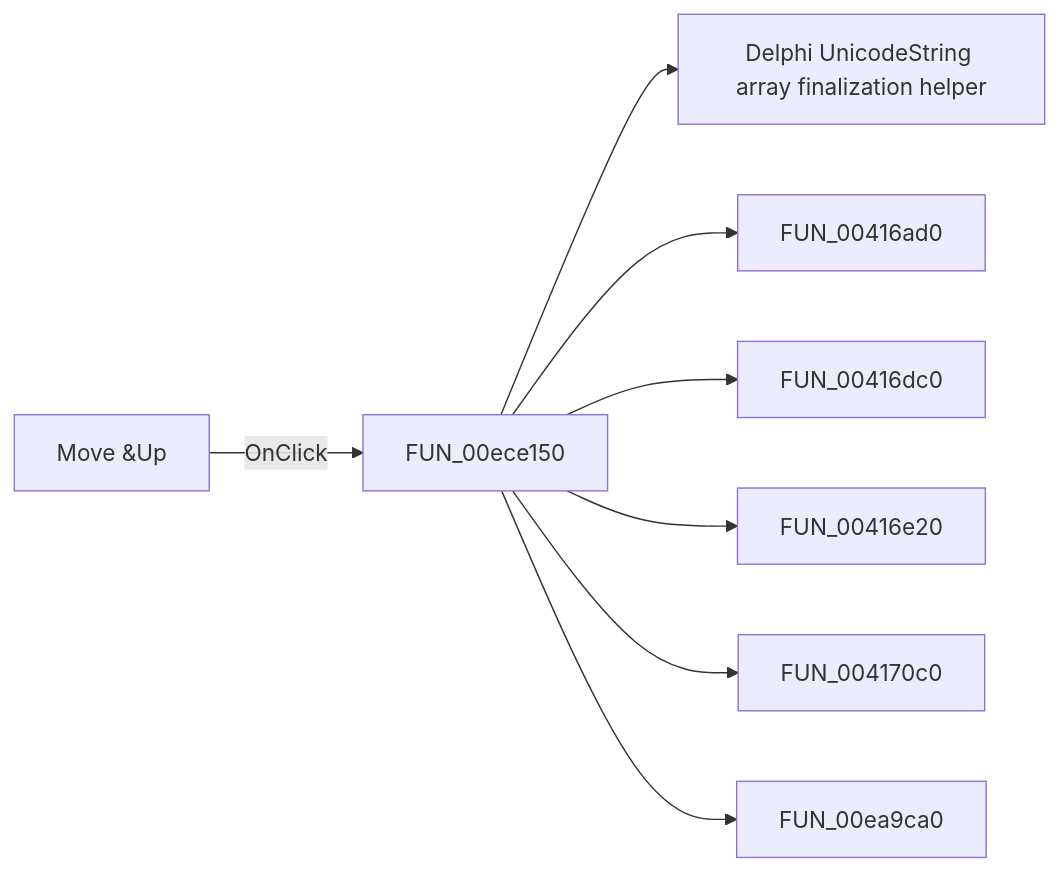
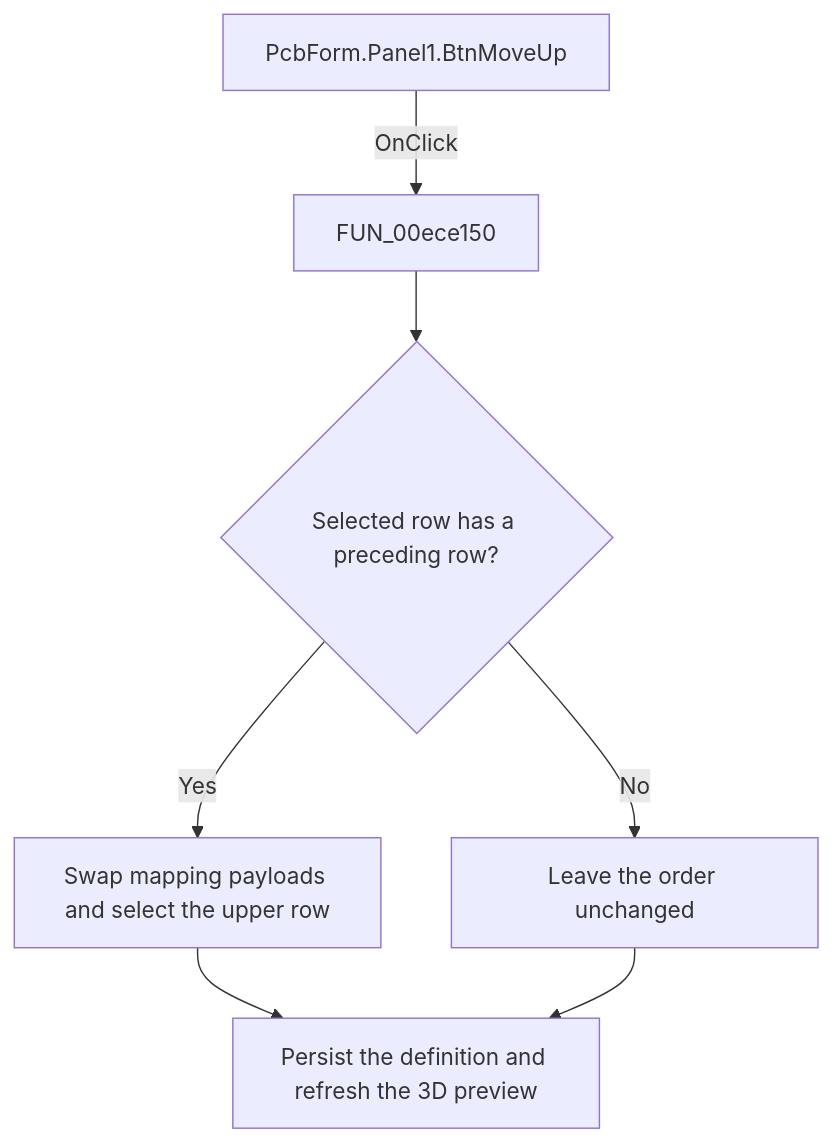
The diagram in docs/ui-controls/pcbform/btnmoveup-9a52a548bc.md (MovGP0/TIARA), drawn with Mermaid before and after one commit. The commit also changed other lines of this file and 1062 other files, not shown here.

````diff
--- a/docs/ui-controls/pcbform/btnmoveup-9a52a548bc.md
+++ b/docs/ui-controls/pcbform/btnmoveup-9a52a548bc.md
@@ -27,10 +28,9 @@
 ```mermaid
-flowchart LR
-    control["Move &Up "] -->|OnClick| handler["FUN_00ece150"]
-    handler --> call1["Delphi UnicodeString array finalization helper"]
-    handler --> call2["FUN_00416ad0"]
-    handler --> call3["FUN_00416dc0"]
-    handler --> call4["FUN_00416e20"]
-    handler --> call5["FUN_004170c0"]
-    handler --> call6["FUN_00ea9ca0"]
+flowchart TD
+    control["PcbForm.Panel1.BtnMoveUp"] -->|OnClick| handler["FUN_00ece150"]
+    handler --> decision{"Selected row has a preceding row?"}
+    decision -->|Yes| action["Swap mapping payloads and select the upper row"]
+    decision -->|No| noop["Leave the order unchanged"]
+    action --> outcome["Persist the definition and refresh the 3D preview"]
+    noop --> outcome
 ```
````
